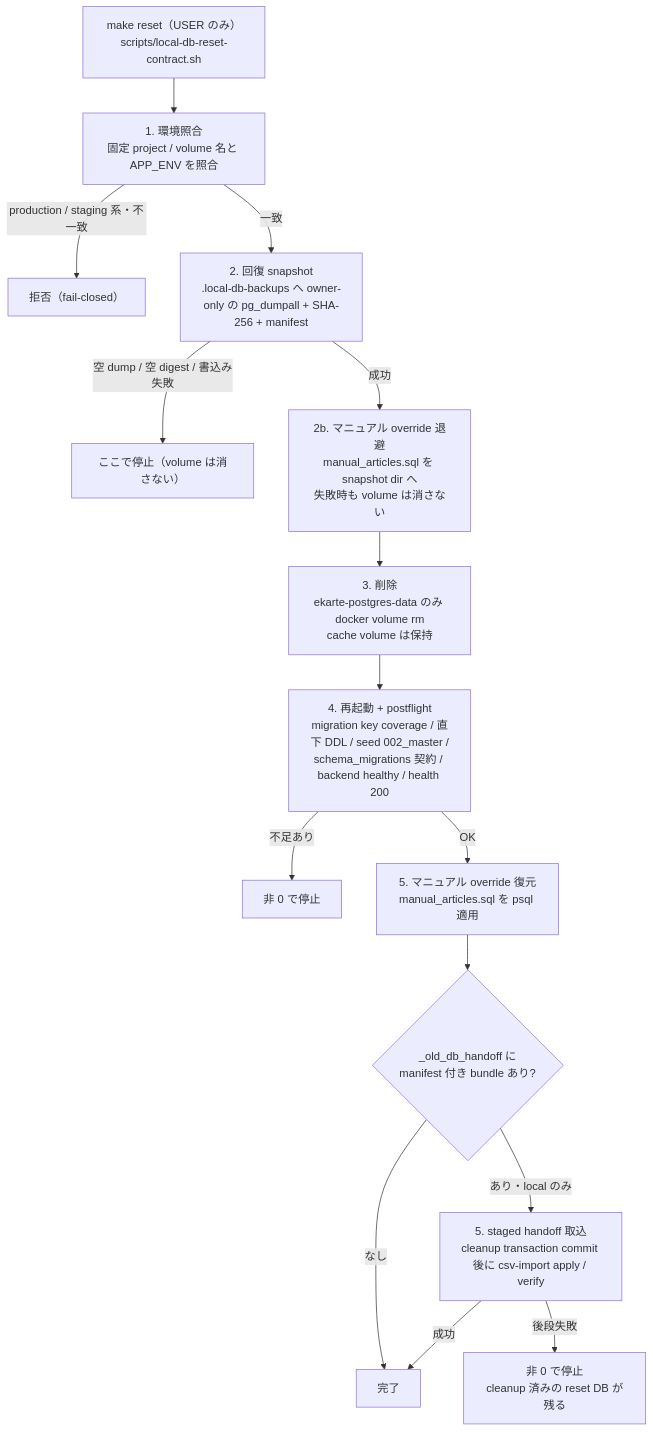
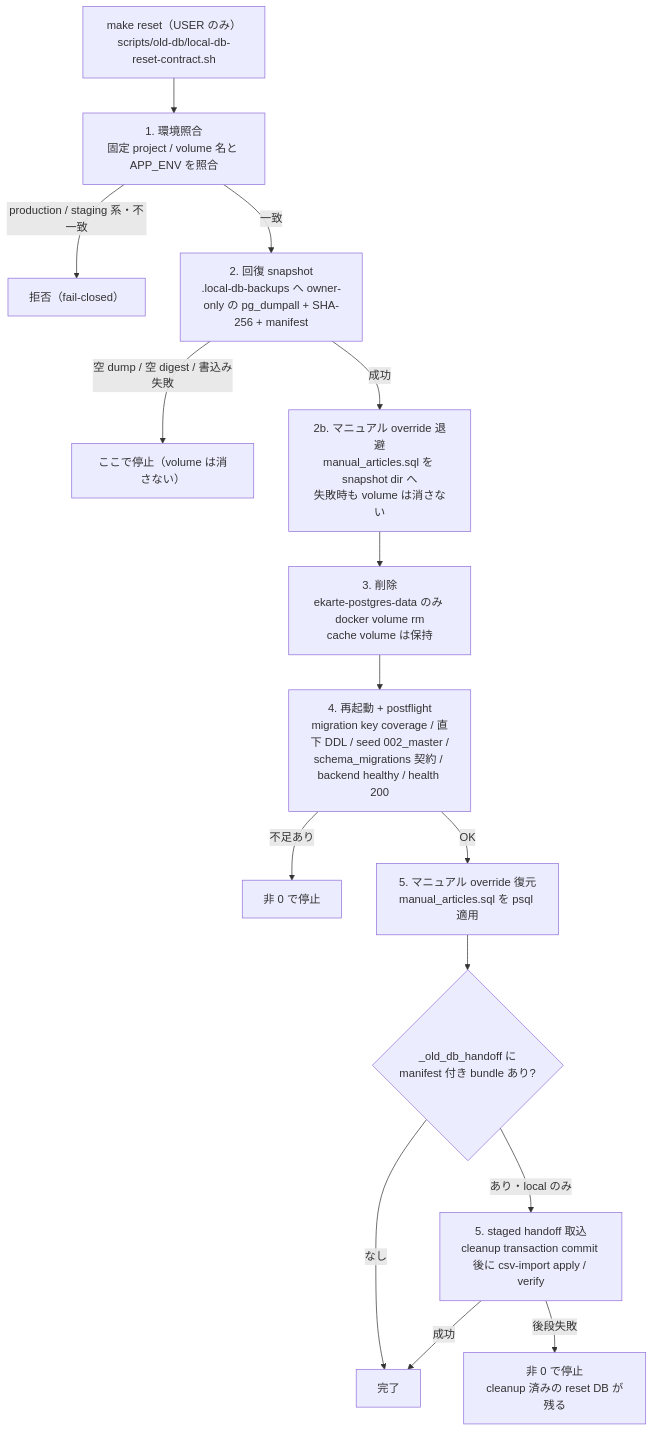
One commit to MinoruSoga/AnimalEkarte changed the diagram in docs/ops/deploy/LOCAL_DB_RESET.md. Above: the diagram before and after it, drawn with Mermaid. The commit also changed other lines of this file and 214 other files, not shown here.

````diff
--- a/docs/ops/deploy/LOCAL_DB_RESET.md
+++ b/docs/ops/deploy/LOCAL_DB_RESET.md
@@ -40,17 +40,17 @@
 ```mermaid
 flowchart TB
-  R["make reset（USER のみ）<br/>scripts/local-db-reset-contract.sh"] --> S1["1. 環境照合<br/>固定 project / volume 名と APP_ENV を照合"]
+  R["make reset（USER のみ）<br/>scripts/old-db/local-db-reset-contract.sh"] --> S1["1. 環境照合<br/>固定 project / volume 名と APP_ENV を照合"]
   S1 -->|production / staging 系・不一致| X1["拒否（fail-closed）"]
   S1 -->|一致| S2["2. 回復 snapshot<br/>.local-db-backups へ owner-only の pg_dumpall + SHA-256 + manifest"]
   S2 -->|空 dump / 空 digest / 書込み失敗| X2["ここで停止（volume は消さない）"]
   S2 -->|成功| S2b["2b. マニュアル override 退避<br/>manual_articles.sql を snapshot dir へ<br/>失敗時も volume は消さない"]
   S2b --> S3["3. 削除<br/>ekarte-postgres-data のみ docker volume rm<br/>cache volume は保持"]
   S3 --> S4["4. 再起動 + postflight<br/>migration key coverage / 直下 DDL / seed 002_master /<br/>schema_migrations 契約 / backend healthy / health 200"]
   S4 -->|不足あり| X3["非 0 で停止"]
   S4 -->|OK| S4b["5. マニュアル override 復元<br/>manual_articles.sql を psql 適用"]
   S4b --> S5{"_old_db_handoff に<br/>manifest 付き bundle あり?"}
   S5 -->|なし| Done["完了"]
   S5 -->|あり・local のみ| S6["5. staged handoff 取込<br/>cleanup transaction commit 後に csv-import apply / verify"]
   S6 -->|後段失敗| X4["非 0 で停止<br/>cleanup 済みの reset DB が残る"]
   S6 -->|成功| Done
 ```
````
